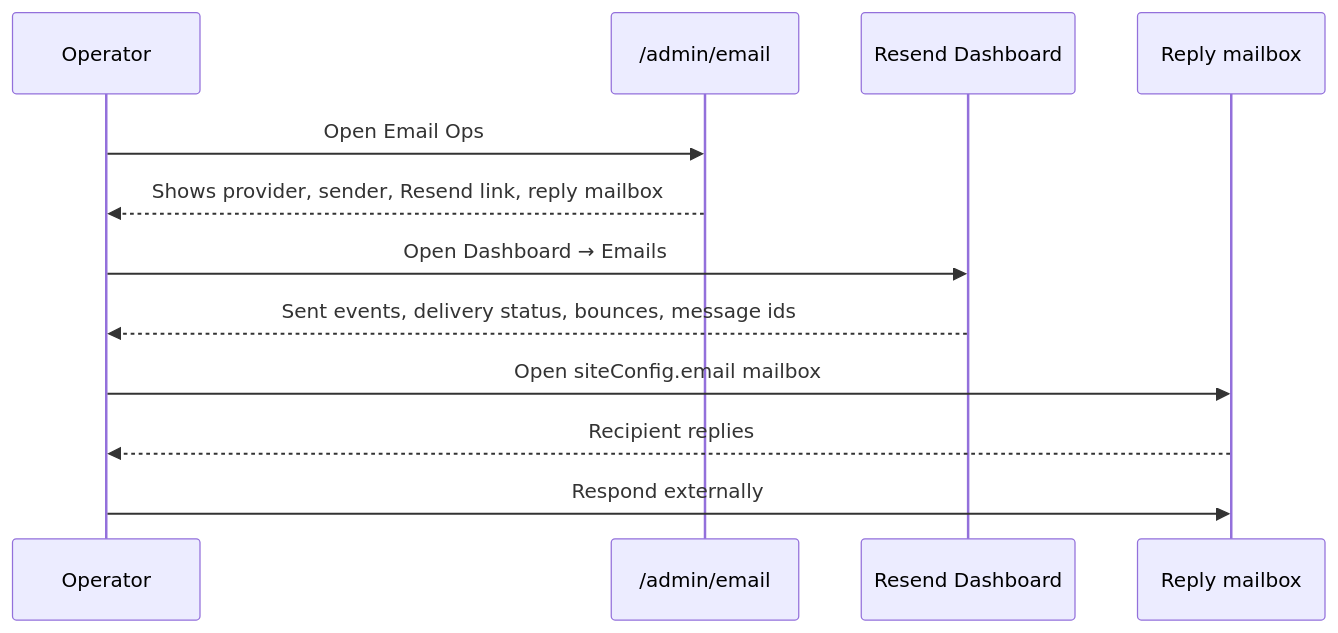
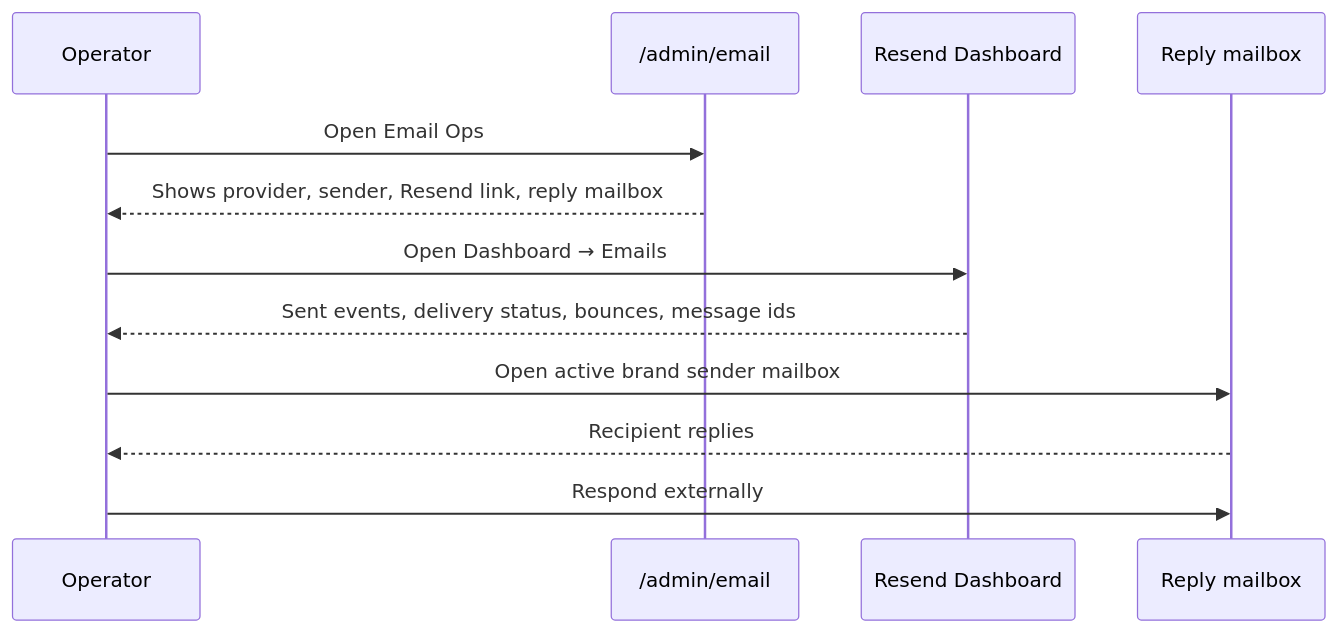
Before and after one commit to Ronin-Dojo-Design/ronin-dojo-baseline: the second of 3 diagrams in docs/runbooks/sop-email-runbook.md, drawn with Mermaid. The commit also changed other lines of this file and 20 other files, not shown here.

````diff
--- a/docs/runbooks/sop-email-runbook.md
+++ b/docs/runbooks/sop-email-runbook.md
@@ -81,15 +83,15 @@
 ```mermaid
 sequenceDiagram
   participant Operator
   participant Admin as /admin/email
   participant Resend as Resend Dashboard
   participant Mailbox as Reply mailbox
 
   Operator->>Admin: Open Email Ops
   Admin-->>Operator: Shows provider, sender, Resend link, reply mailbox
   Operator->>Resend: Open Dashboard → Emails
   Resend-->>Operator: Sent events, delivery status, bounces, message ids
-  Operator->>Mailbox: Open siteConfig.email mailbox
+  Operator->>Mailbox: Open active brand sender mailbox
   Mailbox-->>Operator: Recipient replies
   Operator->>Mailbox: Respond externally
 ```
````
